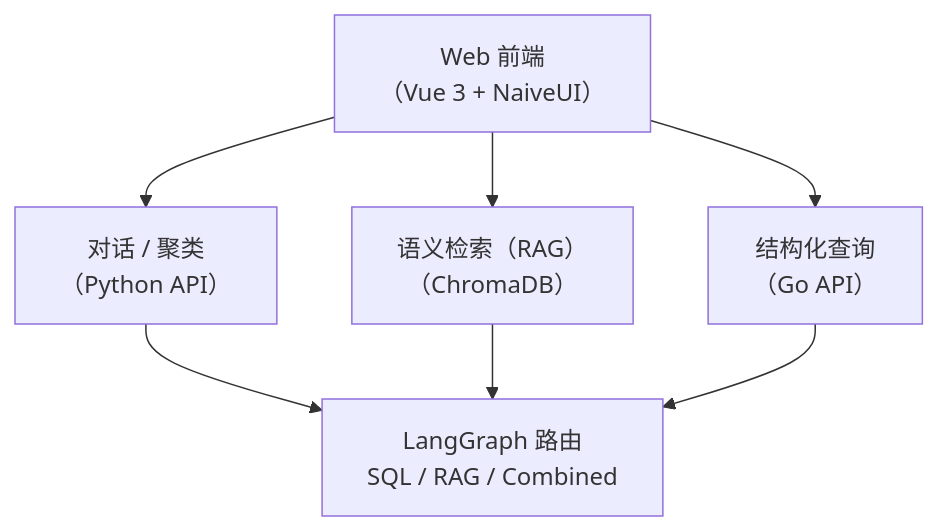
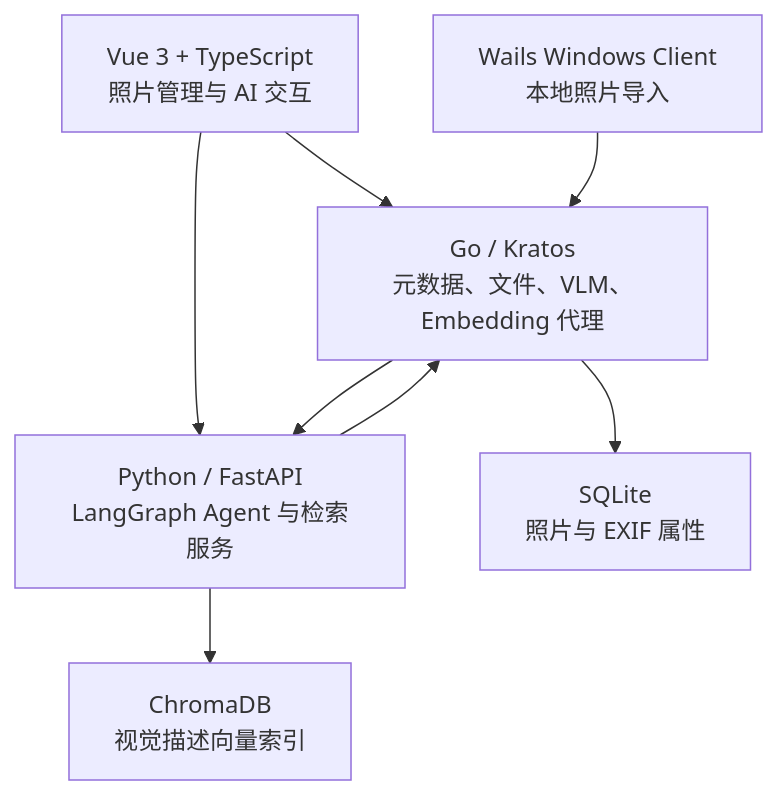
The diagram in README.md (pancake-lee/photo-agent), drawn with Mermaid before and after one commit. The commit also changed other lines of this file and 4 other files, not shown here.

````diff
--- a/README.md
+++ b/README.md
@@ -67,10 +25,17 @@
 ```mermaid
 flowchart TD
-    A["Web 前端<br>（Vue 3 + NaiveUI）"]
-    A --> B["对话 / 聚类<br>（Python API）"]
-    A --> C["语义检索（RAG）<br>（ChromaDB）"]
-    A --> D["结构化查询<br>（Go API）"]
-    B --> E["LangGraph 路由<br>SQL / RAG / Combined"]
-    C --> E
-    D --> E
+    Web["Vue 3 + TypeScript<br/>照片管理与 AI 交互"]
+    Go["Go / Kratos<br/>元数据、文件、VLM、Embedding 代理"]
+    Agent["Python / FastAPI<br/>LangGraph Agent 与检索服务"]
+    DB["SQLite<br/>照片与 EXIF 属性"]
+    Vector["ChromaDB<br/>视觉描述向量索引"]
+    Client["Wails Windows Client<br/>本地照片导入"]
+
+    Web --> Go
+    Web --> Agent
+    Client --> Go
+    Go --> DB
+    Go --> Agent
+    Agent --> Go
+    Agent --> Vector
 ```
````
